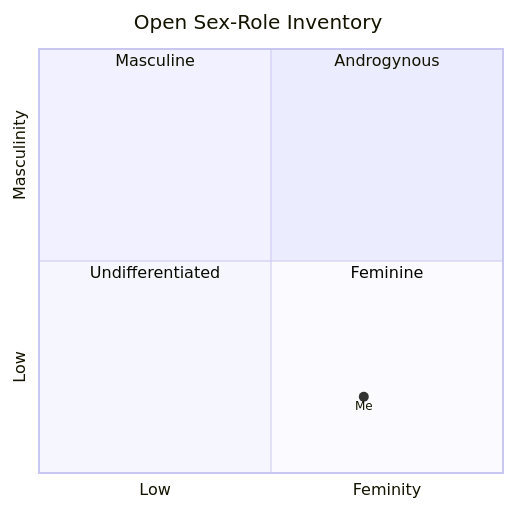
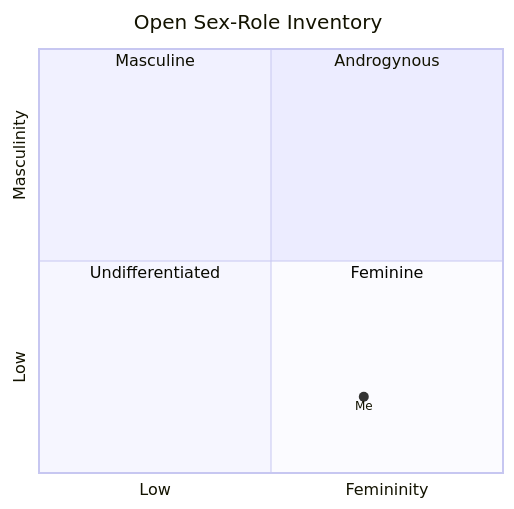
Before and after one commit to hellotham/spotlite: the third of 3 diagrams in src/content/page/superpowers.md, drawn with Mermaid. The commit also changed other lines of this file and 86 other files, not shown here.

````diff
--- a/src/content/page/superpowers.md
+++ b/src/content/page/superpowers.md
@@ -111,11 +121,11 @@
 ```mermaid
 quadrantChart
     title Open Sex-Role Inventory
-    x-axis Low --> Feminity
+    x-axis Low --> Femininity
     y-axis Low --> Masculinity
     quadrant-1 Androgynous
     quadrant-2 Masculine
     quadrant-3 Undifferentiated
     quadrant-4 Feminine
     Me: [0.7, 0.18]
 ```
````
